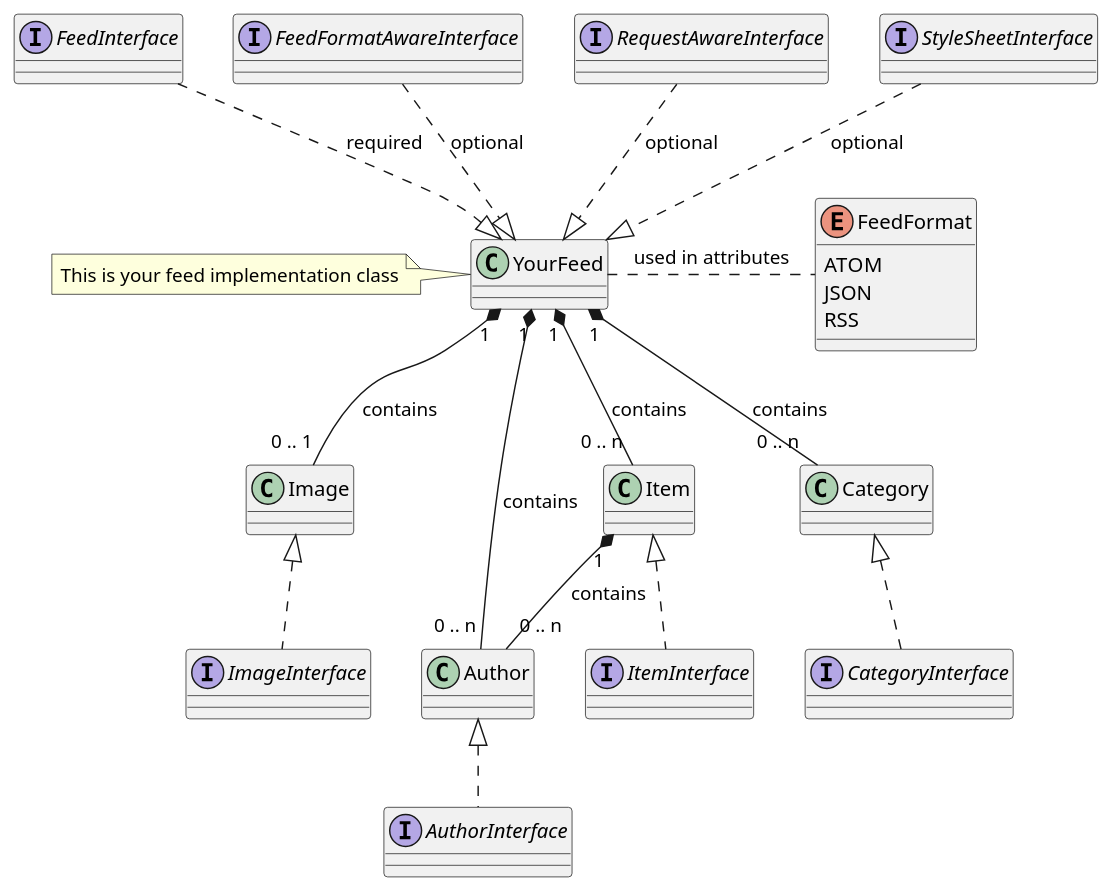
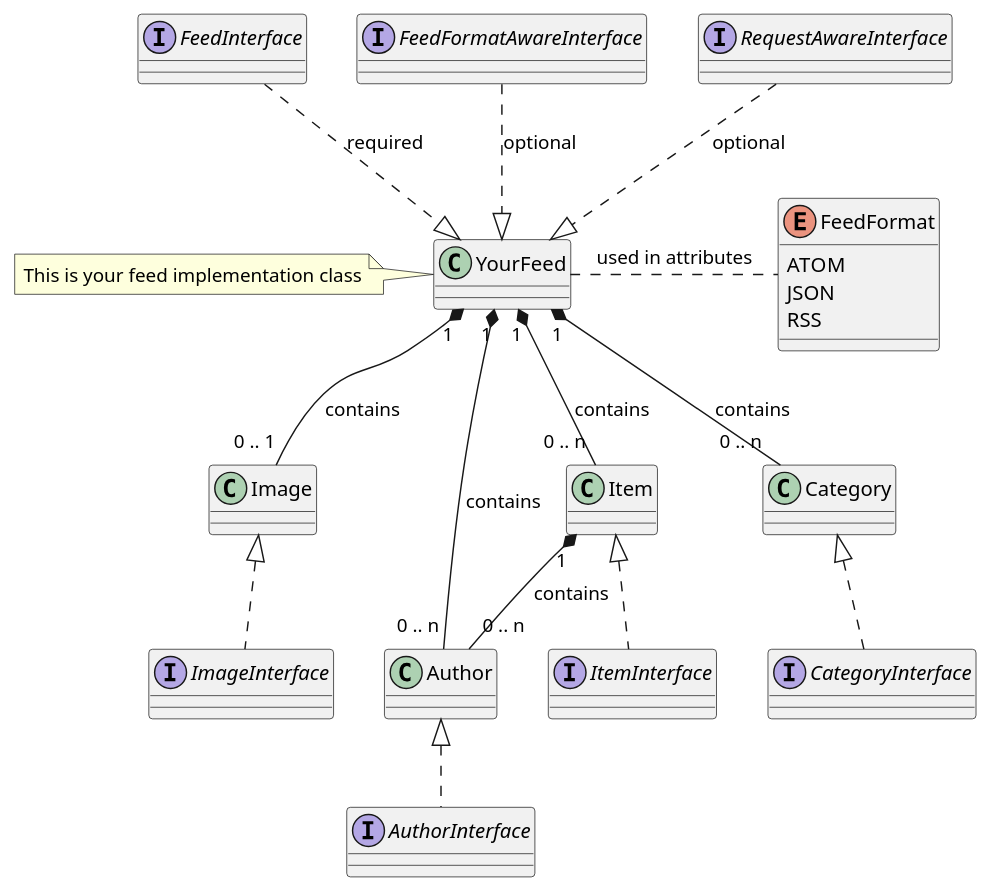
Before and after one commit to brotkrueml/typo3-feed-generator: the diagram in Documentation/API/Index.rst, drawn with PlantUML. The commit also changed 19 other files, not shown here.

Commit message:
[!!!][TASK] Integrate StyleSheetInterface into FeedInterface

```diff
--- a/Documentation/API/Index.rst
+++ b/Documentation/API/Index.rst
@@ -18,44 +18,42 @@
 .. uml::
 
    enum FeedFormat {
       ATOM
       JSON
       RSS
    }
 
    interface AuthorInterface
    interface CategoryInterface
    interface FeedInterface
    interface FeedFormatAwareInterface
    interface ImageInterface
    interface ItemInterface
    interface RequestAwareInterface
-   interface StyleSheetInterface
 
    class Author
    class Image
    class Item
 
    class YourFeed
    note left: This is your feed implementation class
 
    YourFeed -[hidden]> FeedFormat
 
 
    Author <|.. AuthorInterface
    Category <|.. CategoryInterface
    Image <|.. ImageInterface
    Item <|.. ItemInterface
 
    FeedInterface ..|> YourFeed : required
    FeedFormatAwareInterface ..|> YourFeed : optional
    RequestAwareInterface ..|> YourFeed : optional
-   StyleSheetInterface ..|> YourFeed : optional
 
    Item "1" *-- "0 .. n" Author : contains
 
    YourFeed "1" *-- "0 .. n" Author : contains
    YourFeed "1" *-- "0 .. n" Category : contains
    YourFeed "1" *-- "0 .. 1" Image : contains
    YourFeed "1" *-- "0 .. n" Item : contains
    YourFeed .. FeedFormat : used in attributes
```
